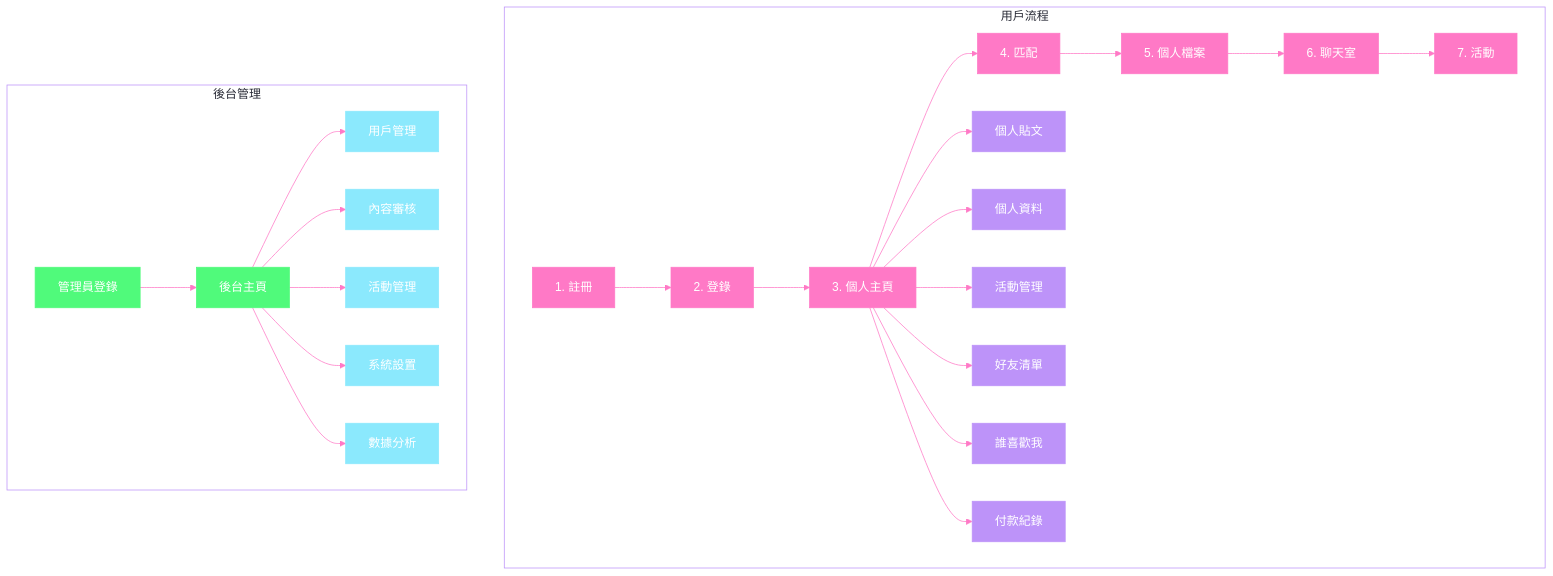
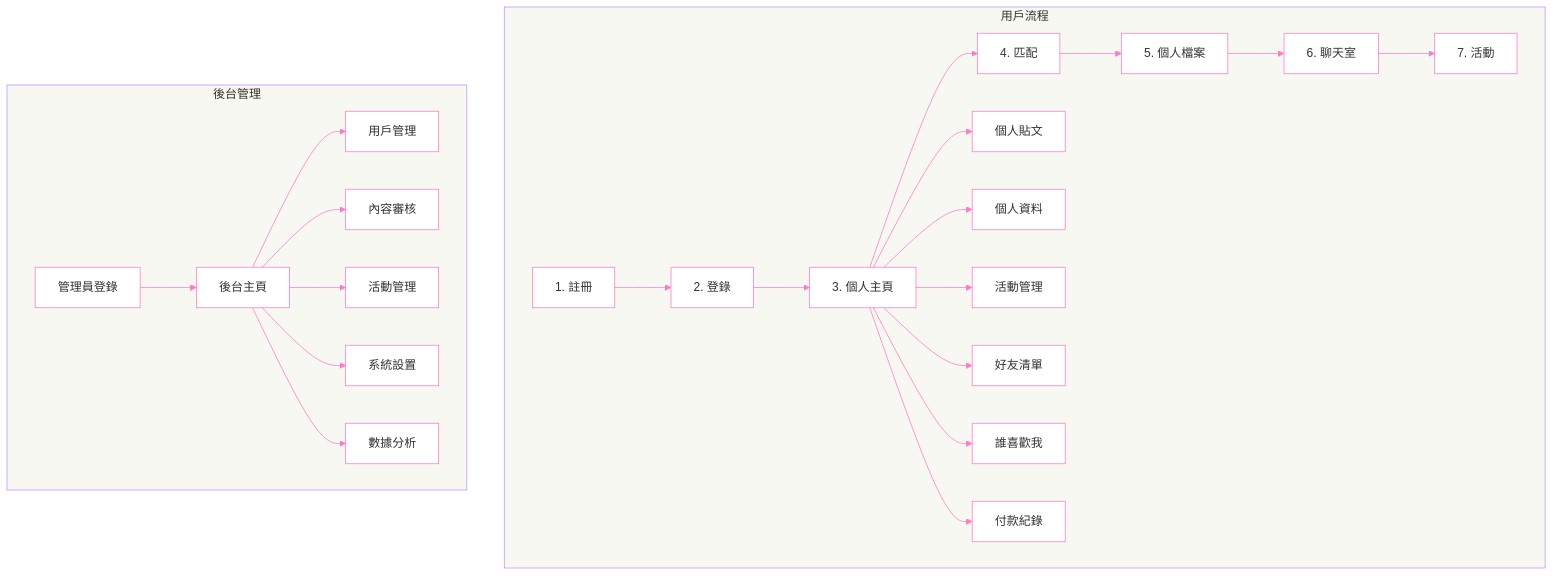
Before and after one commit to Turner-Chang/HaveFun: the diagram in HaveFunTest/dating-app-flow.mermaid, drawn with Mermaid.

```diff
--- a/HaveFunTest/dating-app-flow.mermaid
+++ b/HaveFunTest/dating-app-flow.mermaid
@@ -1,53 +1,27 @@
 %%{init: {'theme': 'default', 'themeVariables': { 'primaryColor': '#ff79c6', 'secondaryColor': '#bd93f9', 'tertiaryColor': '#f8f8f2', 'mainBkg': '#ffffff', 'nodeBorder': '#ff79c6', 'clusterBkg': '#f8f8f2', 'clusterBorder': '#bd93f9', 'lineColor': '#ff79c6', 'fontFamily': 'arial', 'fontSize': '16px' }}}%%
 
 graph TD
     subgraph 用戶流程
         A[1. 註冊] --> B[2. 登錄]
         B --> C[3. 個人主頁]
         C --> D[4. 匹配]
         D --> E[5. 個人檔案]
         E --> F[6. 聊天室]
         F --> G[7. 活動]
         
         C --> H[個人貼文]
         C --> I[個人資料]
         C --> J[活動管理]
         C --> K[好友清單]
         C --> L[誰喜歡我]
         C --> M[付款紀錄]
     end
     
     subgraph 後台管理
         N[管理員登錄] --> O[後台主頁]
         O --> P[用戶管理]
         O --> Q[內容審核]
         O --> R[活動管理]
         O --> S[系統設置]
         O --> T[數據分析]
     end
-
-style A fill:#ff79c6,stroke:#ff79c6,color:#ffffff
-style B fill:#ff79c6,stroke:#ff79c6,color:#ffffff
-style C fill:#ff79c6,stroke:#ff79c6,color:#ffffff
-style D fill:#ff79c6,stroke:#ff79c6,color:#ffffff
-style E fill:#ff79c6,stroke:#ff79c6,color:#ffffff
-style F fill:#ff79c6,stroke:#ff79c6,color:#ffffff
-style G fill:#ff79c6,stroke:#ff79c6,color:#ffffff
-
-style H fill:#bd93f9,stroke:#bd93f9,color:#ffffff
-style I fill:#bd93f9,stroke:#bd93f9,color:#ffffff
-style J fill:#bd93f9,stroke:#bd93f9,color:#ffffff
-style K fill:#bd93f9,stroke:#bd93f9,color:#ffffff
-style L fill:#bd93f9,stroke:#bd93f9,color:#ffffff
-style M fill:#bd93f9,stroke:#bd93f9,color:#ffffff
-
-style N fill:#50fa7b,stroke:#50fa7b,color:#ffffff
-style O fill:#50fa7b,stroke:#50fa7b,color:#ffffff
-style P fill:#8be9fd,stroke:#8be9fd,color:#ffffff
-style Q fill:#8be9fd,stroke:#8be9fd,color:#ffffff
-style R fill:#8be9fd,stroke:#8be9fd,color:#ffffff
-style S fill:#8be9fd,stroke:#8be9fd,color:#ffffff
-style T fill:#8be9fd,stroke:#8be9fd,color:#ffffff
-
-classDef default fill:#f8f8f2,stroke:#ff79c6,color:#282a36;
-classDef cluster fill:#ffffff,stroke:#bd93f9,color:#282a36;
```
